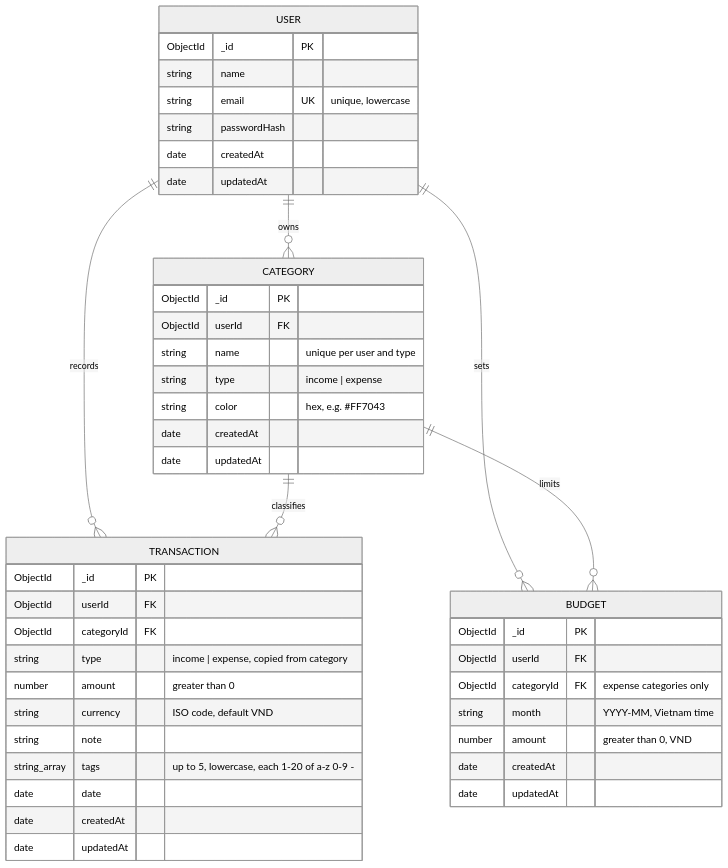
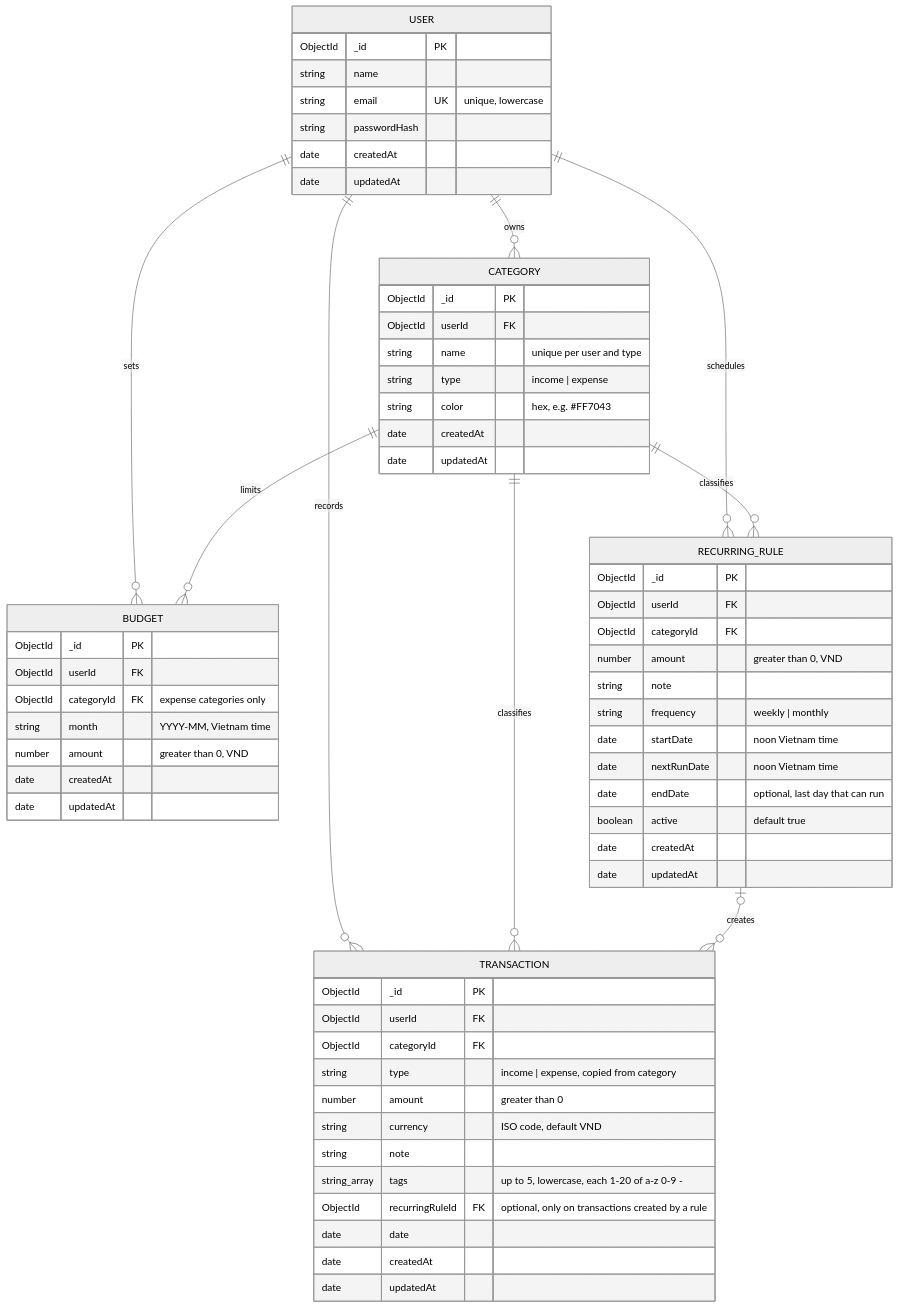
The diagram in docs/erd.md (minhtriqn05/ledgerling), drawn with Mermaid (neutral theme) before and after one commit. The commit also changed other lines of this file and 38 other files, not shown here.

First line of the commit message:
feat: add recurring transaction rules with duplicate-safe generation

````diff
--- a/docs/erd.md
+++ b/docs/erd.md
@@ -5,51 +5,70 @@
 ```mermaid
 erDiagram
     USER ||--o{ CATEGORY : owns
     USER ||--o{ TRANSACTION : records
     CATEGORY ||--o{ TRANSACTION : classifies
     USER ||--o{ BUDGET : sets
     CATEGORY ||--o{ BUDGET : limits
+    USER ||--o{ RECURRING_RULE : schedules
+    CATEGORY ||--o{ RECURRING_RULE : classifies
+    RECURRING_RULE |o--o{ TRANSACTION : creates
 
     USER {
         ObjectId _id PK
         string name
         string email UK "unique, lowercase"
         string passwordHash
         date createdAt
         date updatedAt
     }
 
     CATEGORY {
         ObjectId _id PK
         ObjectId userId FK
         string name "unique per user and type"
         string type "income | expense"
         string color "hex, e.g. #FF7043"
         date createdAt
         date updatedAt
     }
 
     TRANSACTION {
         ObjectId _id PK
         ObjectId userId FK
         ObjectId categoryId FK
         string type "income | expense, copied from category"
         number amount "greater than 0"
         string currency "ISO code, default VND"
         string note
         string_array tags "up to 5, lowercase, each 1-20 of a-z 0-9 -"
+        ObjectId recurringRuleId FK "optional, only on transactions created by a rule"
         date date
         date createdAt
         date updatedAt
     }
 
     BUDGET {
         ObjectId _id PK
         ObjectId userId FK
         ObjectId categoryId FK "expense categories only"
         string month "YYYY-MM, Vietnam time"
         number amount "greater than 0, VND"
         date createdAt
         date updatedAt
     }
+
+    RECURRING_RULE {
+        ObjectId _id PK
+        ObjectId userId FK
+        ObjectId categoryId FK
+        number amount "greater than 0, VND"
+        string note
+        string frequency "weekly | monthly"
+        date startDate "noon Vietnam time"
+        date nextRunDate "noon Vietnam time"
+        date endDate "optional, last day that can run"
+        boolean active "default true"
+        date createdAt
+        date updatedAt
+    }
 ```
````
